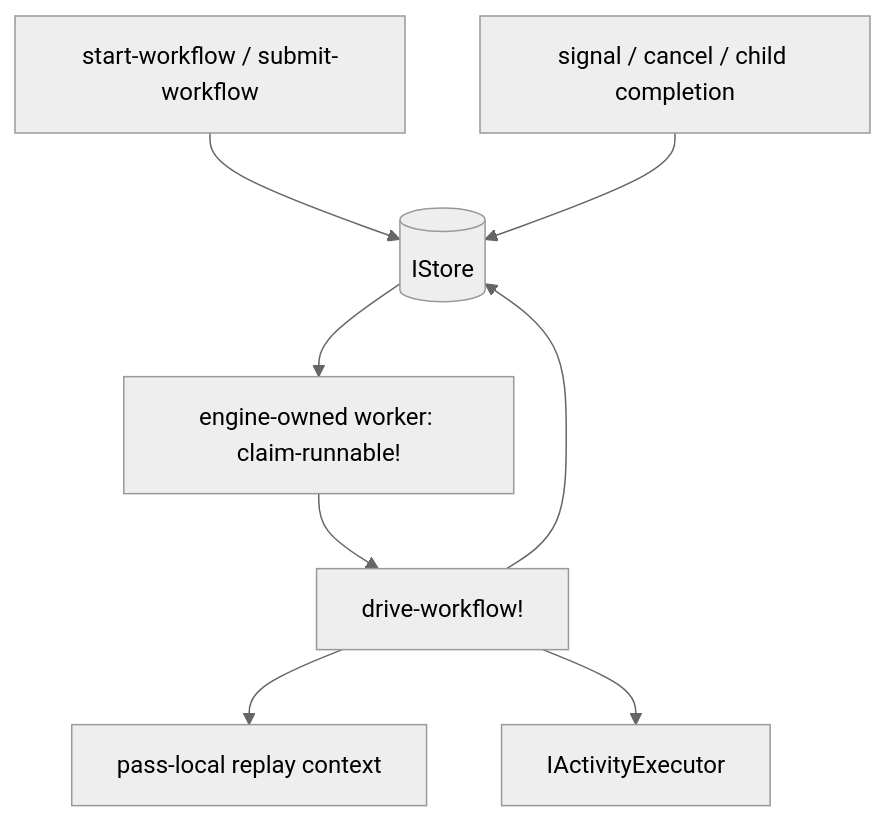
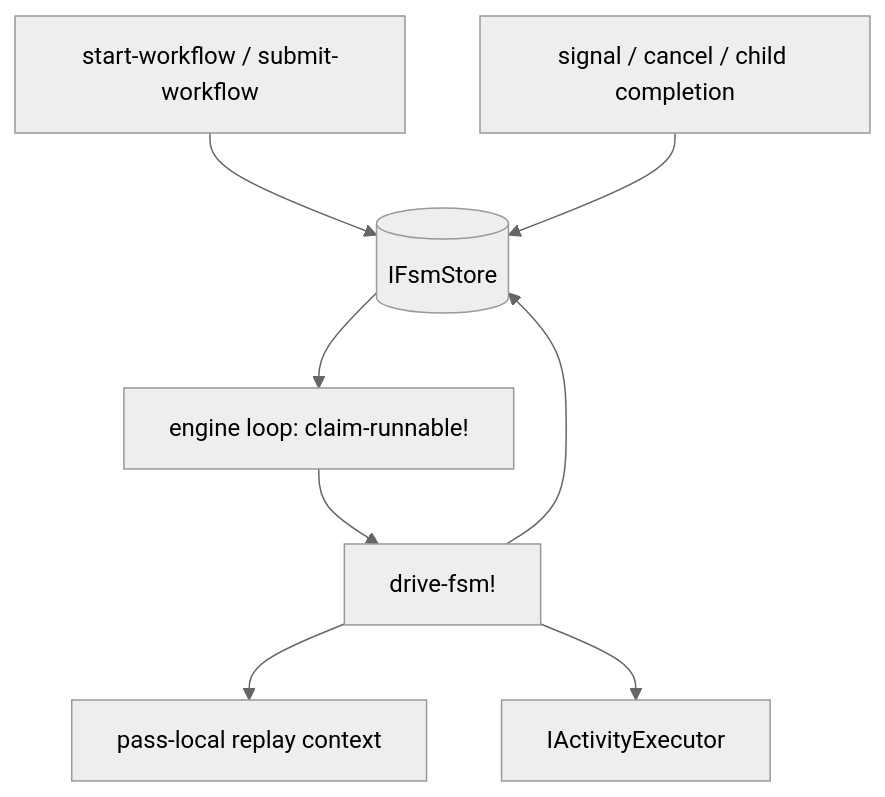
The first of 3 diagrams in architecture.md (mping/intemporal), drawn with Mermaid (neutral theme) before and after one commit. The commit also changed other lines of this file and 116 other files, not shown here.

````diff
--- a/architecture.md
+++ b/architecture.md
@@ -8,10 +8,10 @@
 ```mermaid
 graph TD
-    API["start-workflow / submit-workflow"] --> Store[(IStore)]
-    Store --> Worker["engine-owned worker: claim-runnable!"]
-    Worker --> Drive["drive-workflow!"]
+    API["start-workflow / submit-workflow"] --> Store[(IFsmStore)]
+    Store --> Engine["engine loop: claim-runnable!"]
+    Engine --> Drive["drive-fsm!"]
     Drive --> Context["pass-local replay context"]
     Drive --> Executor[IActivityExecutor]
     Drive --> Store
     Signal["signal / cancel / child completion"] --> Store
 ```
````
